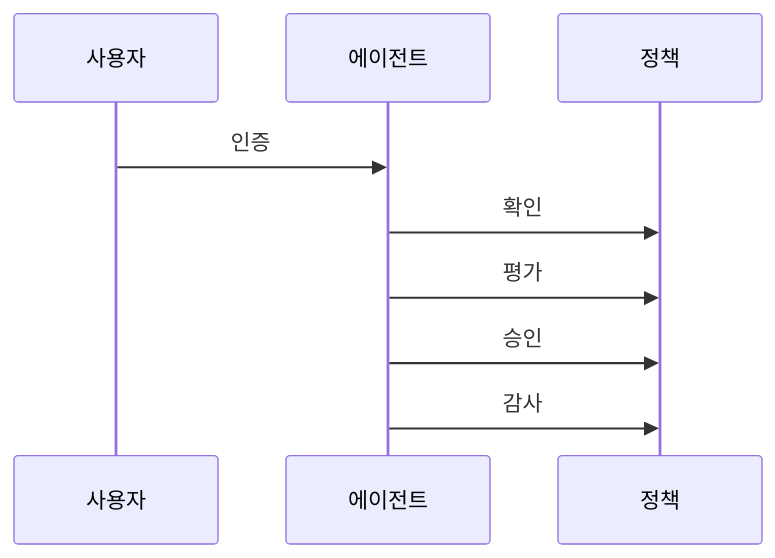
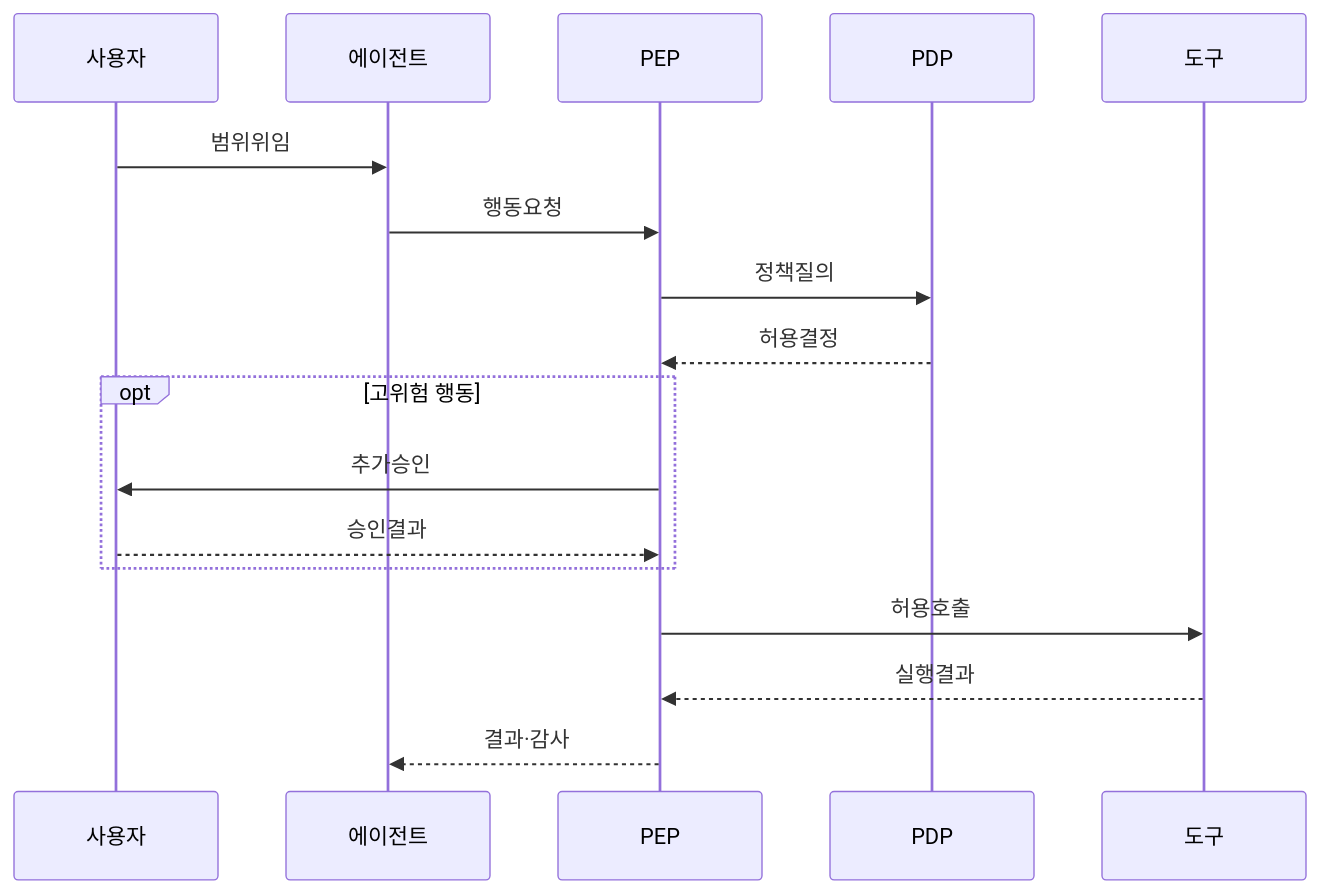
One commit to agnusdei1207/knowledge-base changed the second of 2 diagrams in src/content/docs/notes/08-latest-tech/017_agent_authorization_control.md. Above: the diagram before and after it, drawn with Mermaid. The commit also changed other lines of this file and 31 other files, not shown here.

````diff
--- a/src/content/docs/notes/08-latest-tech/017_agent_authorization_control.md
+++ b/src/content/docs/notes/08-latest-tech/017_agent_authorization_control.md
@@ -65,11 +77,19 @@
 ```mermaid
 sequenceDiagram
     participant U as 사용자
     participant A as 에이전트
-    participant P as 정책
-    U->>A: 인증
-    A->>P: 확인
-    A->>P: 평가
-    A->>P: 승인
-    A->>P: 감사
+    participant E as PEP
+    participant D as PDP
+    participant T as 도구
+    U->>A: 범위위임
+    A->>E: 행동요청
+    E->>D: 정책질의
+    D-->>E: 허용결정
+    opt 고위험 행동
+        E->>U: 추가승인
+        U-->>E: 승인결과
+    end
+    E->>T: 허용호출
+    T-->>E: 실행결과
+    E-->>A: 결과·감사
 ```
````
